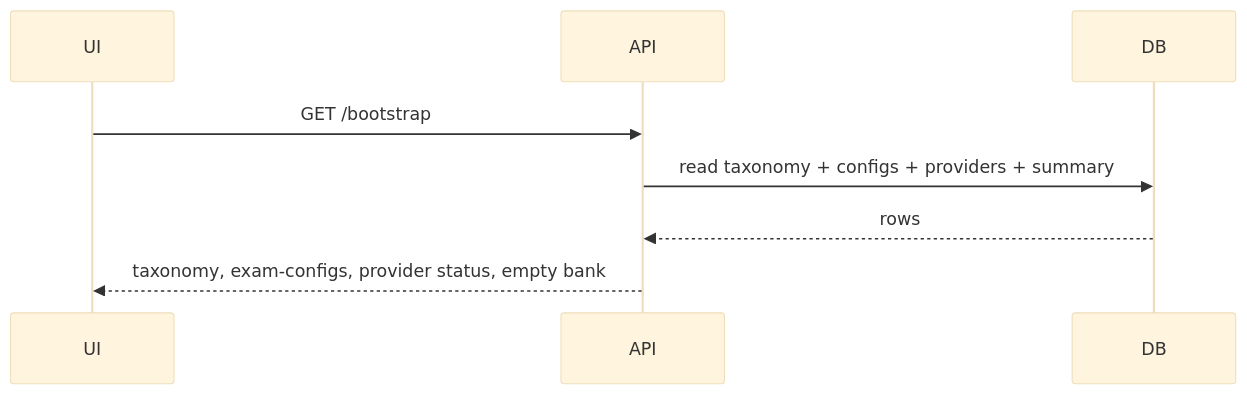
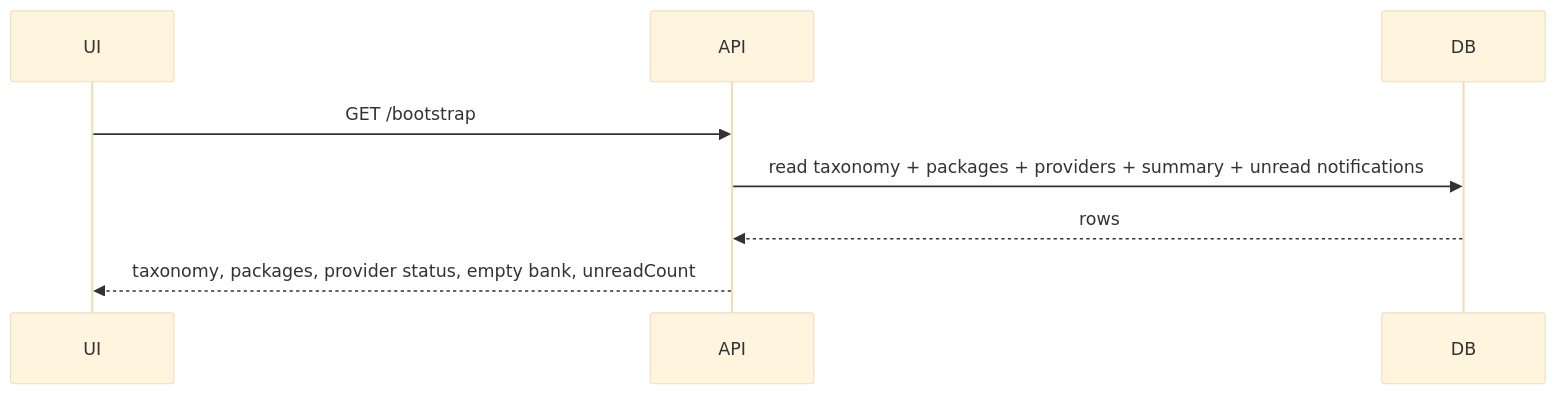
The first of 8 diagrams in docs/architecture/DATA_FLOW.md (Sakbanullah/tryoutsim), drawn with Mermaid (base theme) before and after one commit. The commit also changed other lines of this file and 74 other files, not shown here.

````diff
--- a/docs/architecture/DATA_FLOW.md
+++ b/docs/architecture/DATA_FLOW.md
@@ -10,10 +10,10 @@
 ```mermaid
 sequenceDiagram
   participant UI
   participant API
   participant DB
   UI->>API: GET /bootstrap
-  API->>DB: read taxonomy + configs + providers + summary
+  API->>DB: read taxonomy + packages + providers + summary + unread notifications
   DB-->>API: rows
-  API-->>UI: taxonomy, exam-configs, provider status, empty bank
+  API-->>UI: taxonomy, packages, provider status, empty bank, unreadCount
 ```
````
